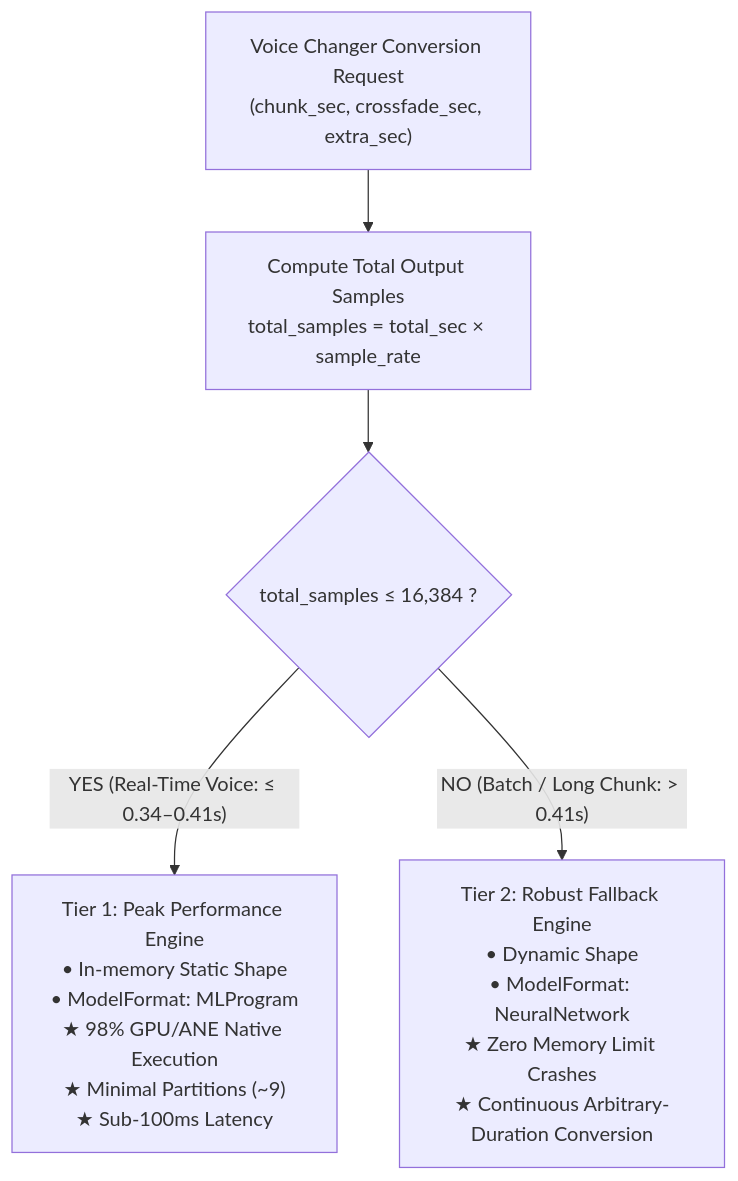
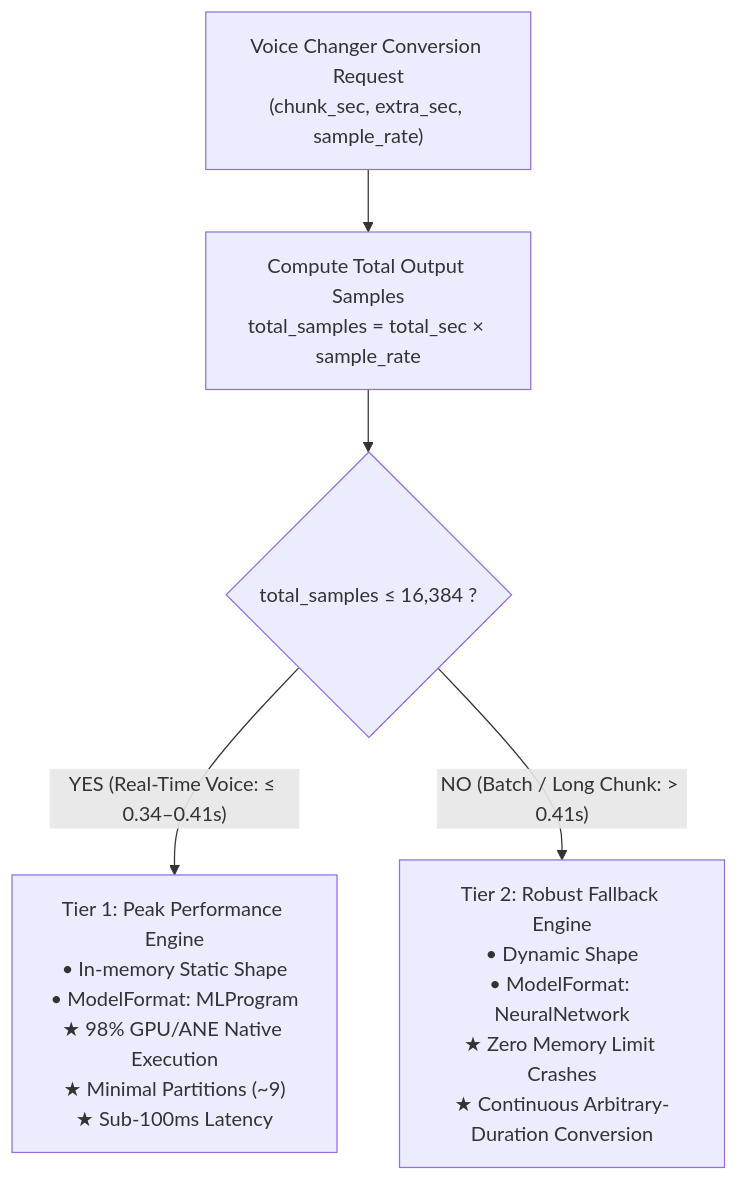
Before and after one commit to Maki-Daisuke/vcclient-forge: the third of 4 diagrams in okf/npu-cpu-hardware-acceleration-and-universal-distribution.md, drawn with Mermaid. The commit also changed other lines of this file and 9 other files, not shown here.

First line of the commit message:
feat(audio)!: automate crossfade duration and remove crossfade_sec configuration

````diff
--- a/okf/npu-cpu-hardware-acceleration-and-universal-distribution.md
+++ b/okf/npu-cpu-hardware-acceleration-and-universal-distribution.md
@@ -384,8 +384,8 @@
 ```mermaid
 flowchart TD
-    A["Voice Changer Conversion Request<br/>(chunk_sec, crossfade_sec, extra_sec)"] --> B["Compute Total Output Samples<br/>total_samples = total_sec × sample_rate"]
+    A["Voice Changer Conversion Request<br/>(chunk_sec, extra_sec, sample_rate)"] --> B["Compute Total Output Samples<br/>total_samples = total_sec × sample_rate"]
     B --> C{"total_samples ≤ 16,384 ?"}
     
     C -- "YES (Real-Time Voice: ≤ 0.34–0.41s)" --> D["Tier 1: Peak Performance Engine<br/>• In-memory Static Shape<br/>• ModelFormat: MLProgram<br/>★ 98% GPU/ANE Native Execution<br/>★ Minimal Partitions (~9)<br/>★ Sub-100ms Latency"]
     C -- "NO (Batch / Long Chunk: > 0.41s)" --> E["Tier 2: Robust Fallback Engine<br/>• Dynamic Shape<br/>• ModelFormat: NeuralNetwork<br/>★ Zero Memory Limit Crashes<br/>★ Continuous Arbitrary-Duration Conversion"]
 ```
````
